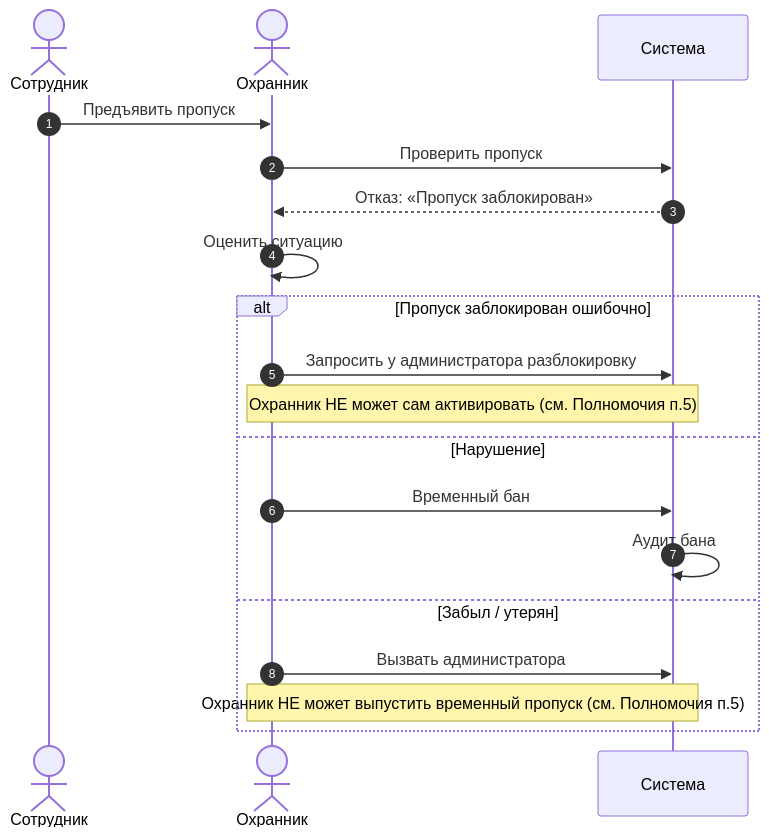
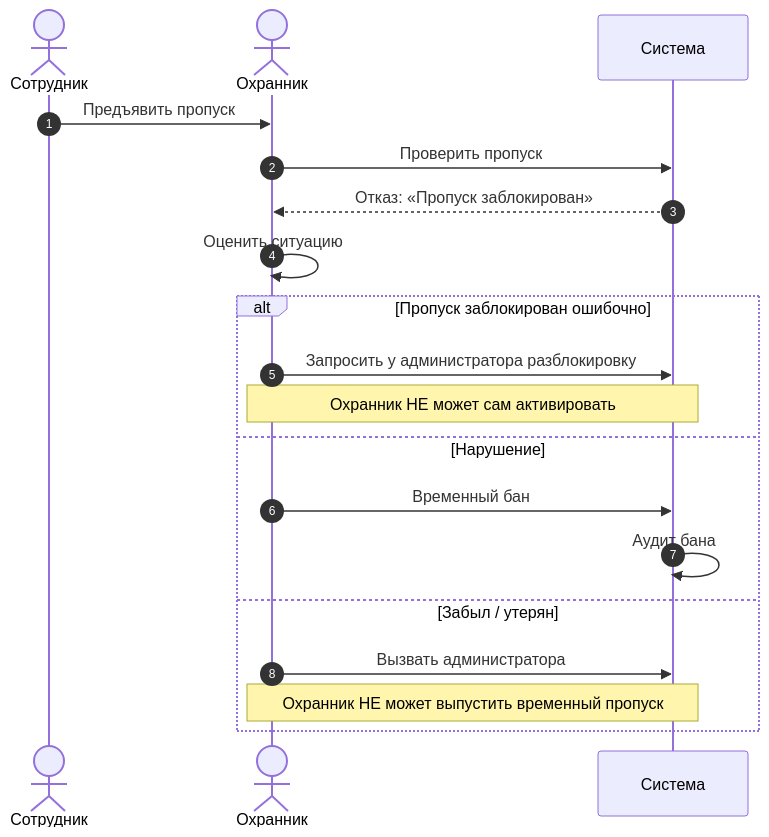
Before and after one commit to lokiertyert/hz: the third of 9 diagrams in Диаграммы_последовательности.md, drawn with Mermaid. The commit also changed other lines of this file, not shown here.

Commit message:
Убраны ссылки на номера полномочий из пояснений на диаграммах

````diff
--- a/Диаграммы_последовательности.md
+++ b/Диаграммы_последовательности.md
@@ -65,22 +65,22 @@
 ```mermaid
 sequenceDiagram
     autonumber
     actor E as Сотрудник
     actor G as Охранник
     participant S as Система
 
     E->>G: Предъявить пропуск
     G->>S: Проверить пропуск
     S-->>G: Отказ: «Пропуск заблокирован»
     G->>G: Оценить ситуацию
     alt Пропуск заблокирован ошибочно
         G->>S: Запросить у администратора разблокировку
-        Note over G,S: Охранник НЕ может сам активировать (см. Полномочия п.5)
+        Note over G,S: Охранник НЕ может сам активировать
     else Нарушение
         G->>S: Временный бан
         S->>S: Аудит бана
     else Забыл / утерян
         G->>S: Вызвать администратора
-        Note over G,S: Охранник НЕ может выпустить временный пропуск (см. Полномочия п.5)
+        Note over G,S: Охранник НЕ может выпустить временный пропуск
     end
 ```
````
